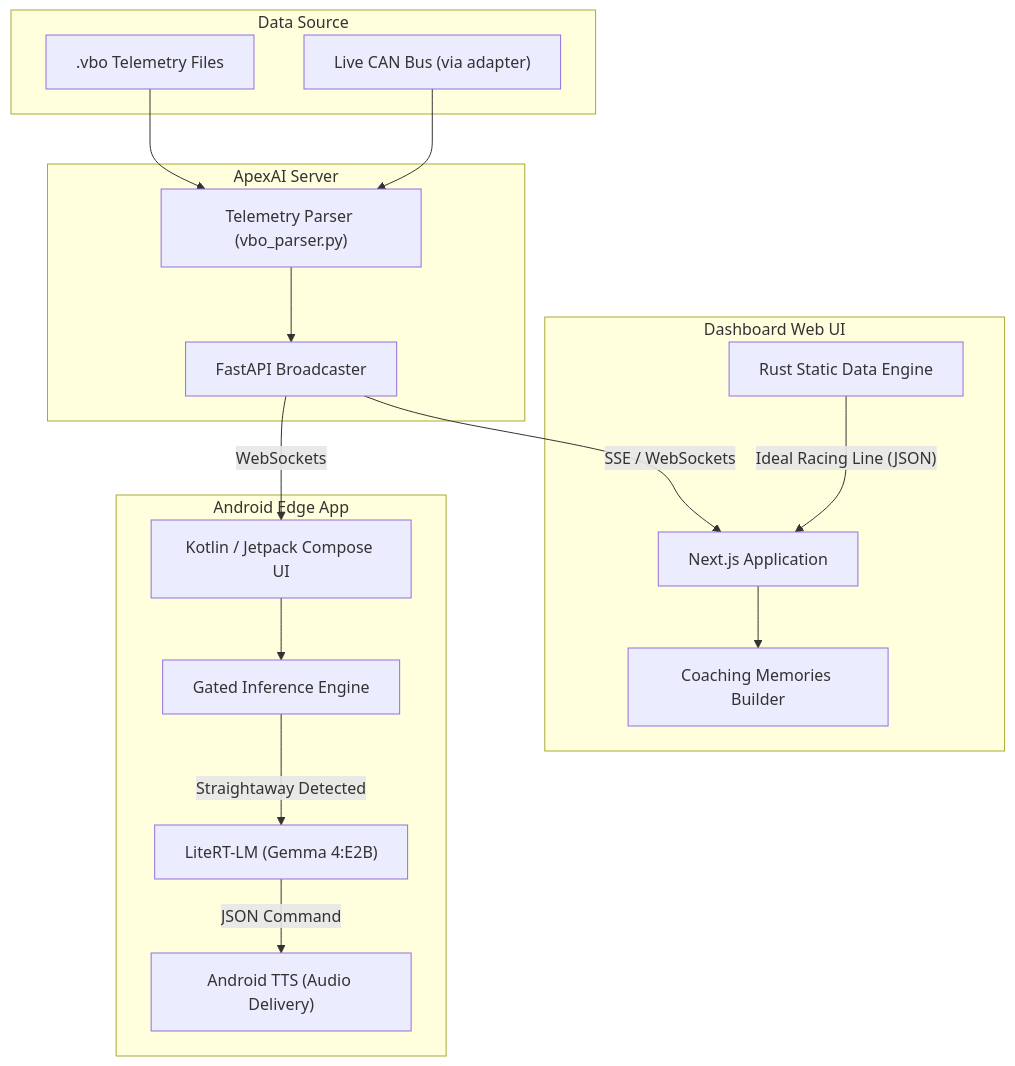
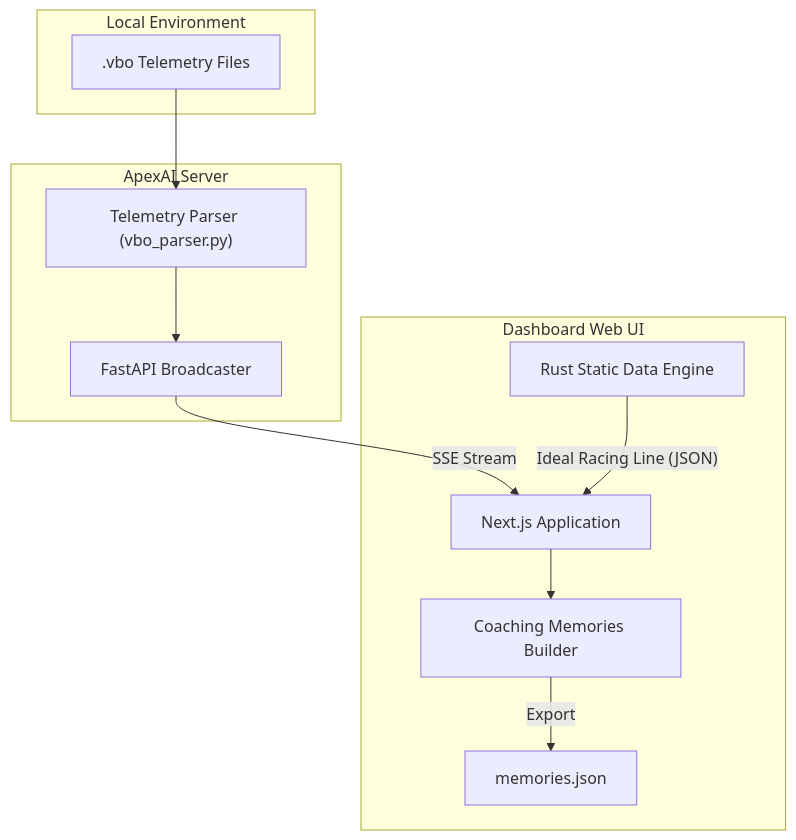
The first of 3 diagrams in walkthrough.md (haruiz/apexai), drawn with Mermaid before and after one commit. The commit also changed other lines of this file, not shown here.

Commit message:
Update architecture diagram to show 3 distinct production and offline flows

````diff
--- a/walkthrough.md
+++ b/walkthrough.md
@@ -17,36 +16,24 @@
 ```mermaid
 graph TD
-    subgraph Data Source
+    subgraph Local Environment
         VBO[".vbo Telemetry Files"]
-        CAN["Live CAN Bus (via adapter)"]
     end
 
     subgraph Backend [ApexAI Server]
         Parser["Telemetry Parser (vbo_parser.py)"]
         Streamer["FastAPI Broadcaster"]
         VBO --> Parser
-        CAN --> Parser
         Parser --> Streamer
     end
 
     subgraph WebUI [Dashboard Web UI]
+        Rust["Rust Static Data Engine"]
         Next["Next.js Application"]
-        Rust["Rust Static Data Engine"]
         Memories["Coaching Memories Builder"]
-        Streamer -- "SSE / WebSockets" --> Next
+        
+        Streamer -- "SSE Stream" --> Next
         Rust -- "Ideal Racing Line (JSON)" --> Next
         Next --> Memories
-    end
-
-    subgraph MobileApp [Android Edge App]
-        App["Kotlin / Jetpack Compose UI"]
-        Gate["Gated Inference Engine"]
-        LLM["LiteRT-LM (Gemma 4:E2B)"]
-        TTS["Android TTS (Audio Delivery)"]
-        
-        Streamer -- "WebSockets" --> App
-        App --> Gate
-        Gate -- "Straightaway Detected" --> LLM
-        LLM -- "JSON Command" --> TTS
+        Memories -- "Export" --> JSON["memories.json"]
     end
 ```
````
